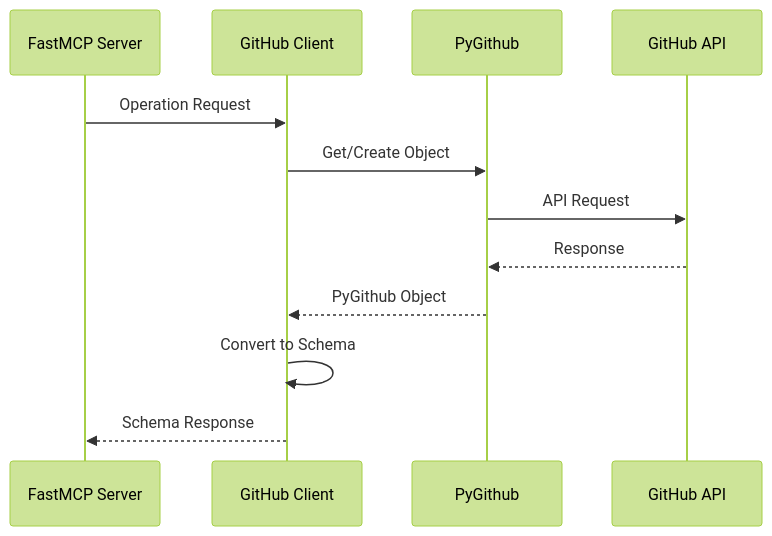
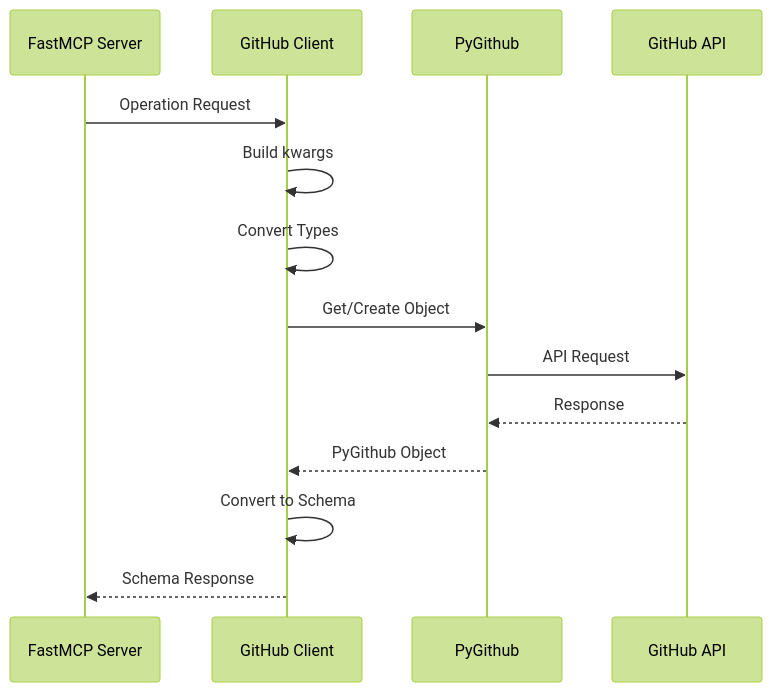
Before and after one commit to AstroMined/pygithub-mcp-server: the second of 3 diagrams in docs/system_patterns.md, drawn with Mermaid (forest theme). The commit also changed other lines of this file and 11 other files, not shown here.

````diff
--- a/docs/system_patterns.md
+++ b/docs/system_patterns.md
@@ -82,15 +103,17 @@
 ```mermaid
 sequenceDiagram
     participant MCP as FastMCP Server
     participant Client as GitHub Client
     participant PyGithub
     participant API as GitHub API
 
     MCP->>Client: Operation Request
+    Client->>Client: Build kwargs
+    Client->>Client: Convert Types
     Client->>PyGithub: Get/Create Object
     PyGithub->>API: API Request
     API-->>PyGithub: Response
     PyGithub-->>Client: PyGithub Object
     Client->>Client: Convert to Schema
     Client-->>MCP: Schema Response
 ```
````
